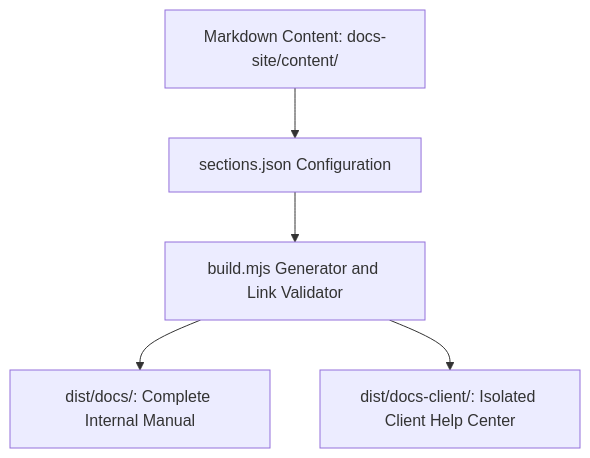
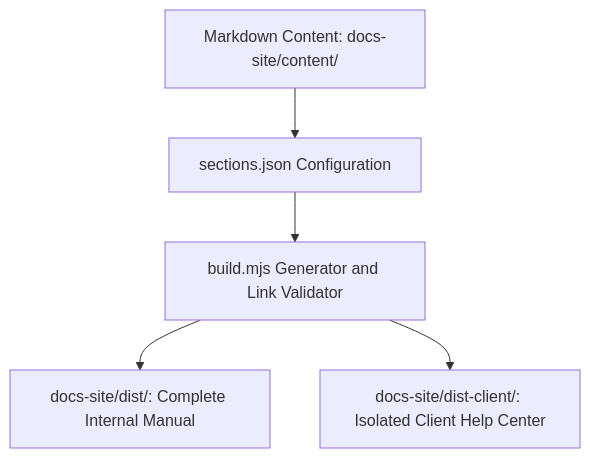
The diagram in docs-site/content/maintaining/documentation-maintenance.md (shreya-amuwa/AI-CRM), drawn with Mermaid before and after one commit. The commit also changed other lines of this file and 8 other files, not shown here.

First line of the commit message:
Open our own help documentation from User Documentation; remove the link from the client dashboard

````diff
--- a/docs-site/content/maintaining/documentation-maintenance.md
+++ b/docs-site/content/maintaining/documentation-maintenance.md
@@ -22,7 +22,7 @@
 ```mermaid
 graph TD
     Content["Markdown Content: docs-site/content/"] --> Sections["sections.json Configuration"]
     Sections --> Builder["build.mjs Generator and Link Validator"]
-    Builder --> InternalBuild["dist/docs/: Complete Internal Manual"]
-    Builder --> ClientBuild["dist/docs-client/: Isolated Client Help Center"]
+    Builder --> InternalBuild["docs-site/dist/: Complete Internal Manual"]
+    Builder --> ClientBuild["docs-site/dist-client/: Isolated Client Help Center"]
 ```
````
